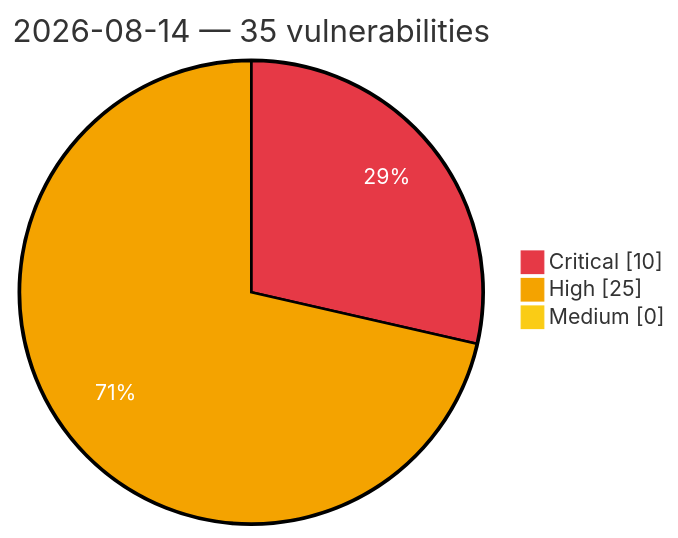
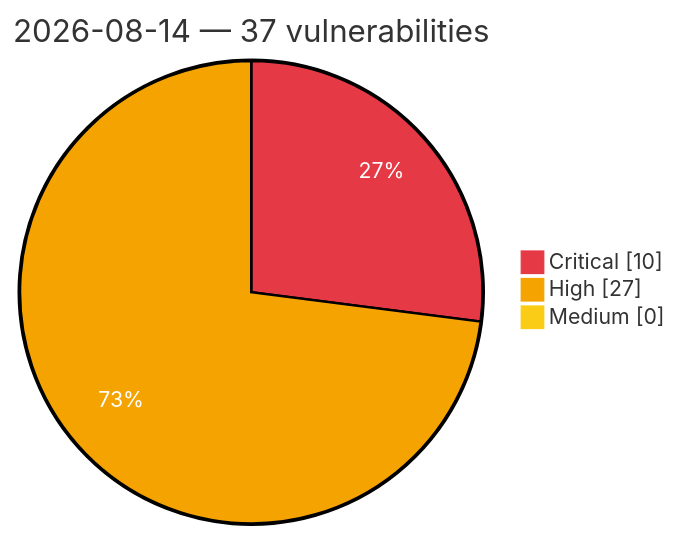
The diagram in vulnerabilities/2026/August/2026-08-14.md (GhostX0X/vuln-tracker), drawn with Mermaid before and after one commit. The commit also changed other lines of this file and 5 other files, not shown here.

````diff
--- a/vulnerabilities/2026/August/2026-08-14.md
+++ b/vulnerabilities/2026/August/2026-08-14.md
@@ -3,8 +3,8 @@
 ```mermaid
 %%{init: {'theme':'base', 'themeVariables': {'pie1':'#e63946', 'pie2':'#f4a300', 'pie3':'#facc15', 'pieOpacity':'1', 'pieOuterStrokeWidth':'2px', 'pieSectionTextColor':'#ffffff'}}}%%
 pie showData
-    title 2026-08-14 — 35 vulnerabilities
+    title 2026-08-14 — 37 vulnerabilities
     "Critical" : 10
-    "High" : 25
+    "High" : 27
     "Medium" : 0
 ```
````
